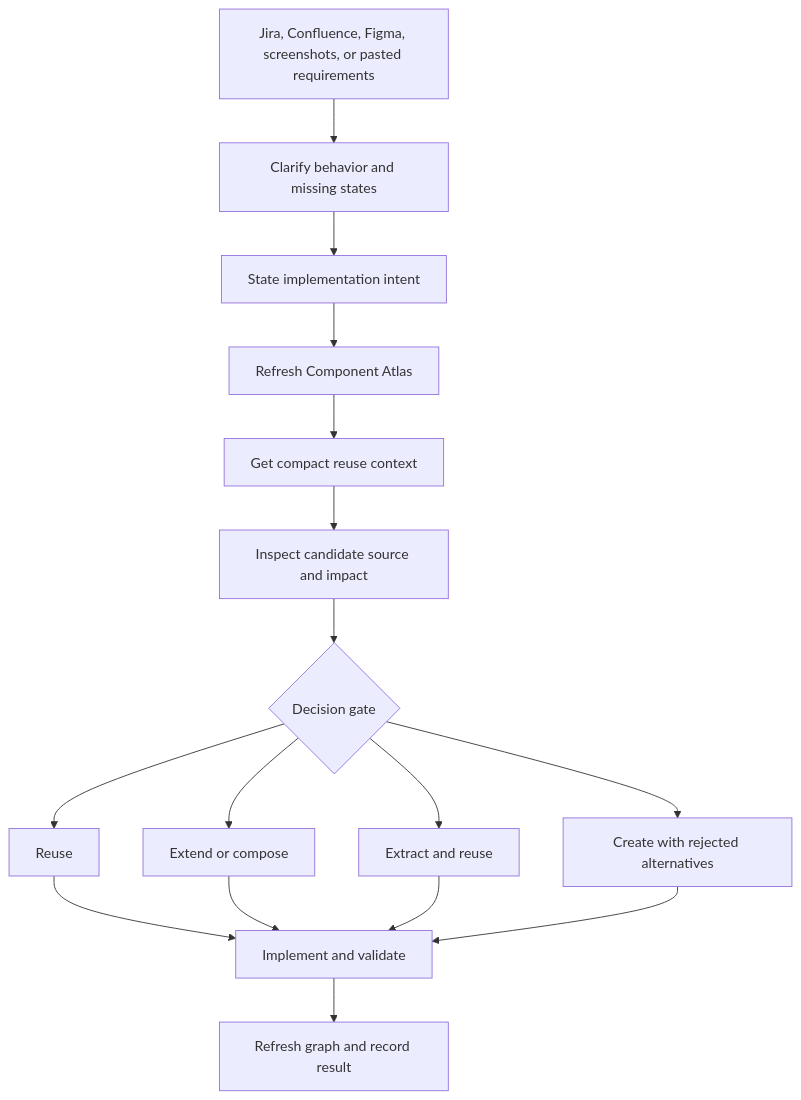
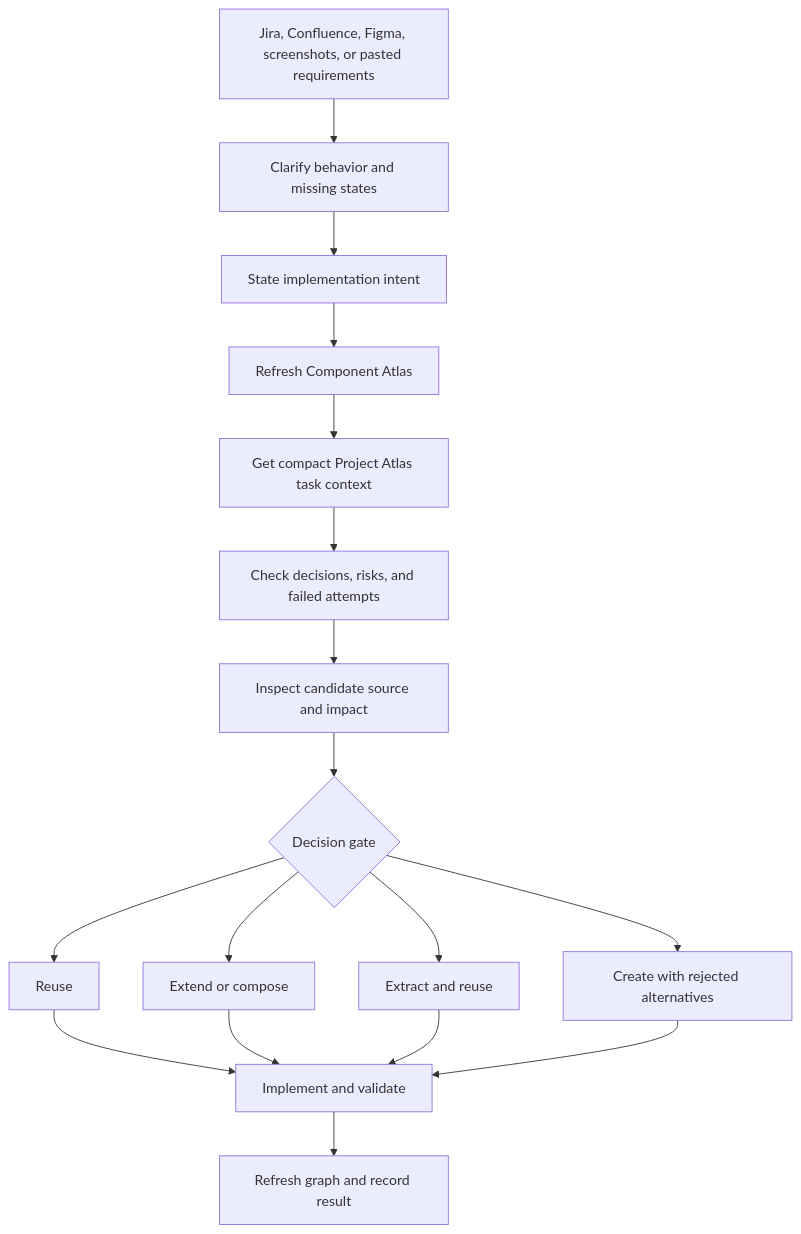
Before and after one commit to jesus-molano/project-atlas: the diagram in docs/workflow.md, drawn with Mermaid. The commit also changed other lines of this file and 50 other files, not shown here.

Commit message:
feat: add portable Project Atlas memory

````diff
--- a/docs/workflow.md
+++ b/docs/workflow.md
@@ -5,23 +5,24 @@
 ```mermaid
 flowchart TD
   T[Jira, Confluence, Figma, screenshots, or pasted requirements]
   Q[Clarify behavior and missing states]
   I[State implementation intent]
   S[Refresh Component Atlas]
-  C[Get compact reuse context]
+  C[Get compact Project Atlas task context]
+  G[Check decisions, risks, and failed attempts]
   E[Inspect candidate source and impact]
   D{Decision gate}
   R[Reuse]
   P[Extend or compose]
   X[Extract and reuse]
   N[Create with rejected alternatives]
   B[Implement and validate]
   U[Refresh graph and record result]
 
-  T --> Q --> I --> S --> C --> E --> D
+  T --> Q --> I --> S --> C --> G --> E --> D
   D --> R --> B
   D --> P --> B
   D --> X --> B
   D --> N --> B
   B --> U
 ```
````
